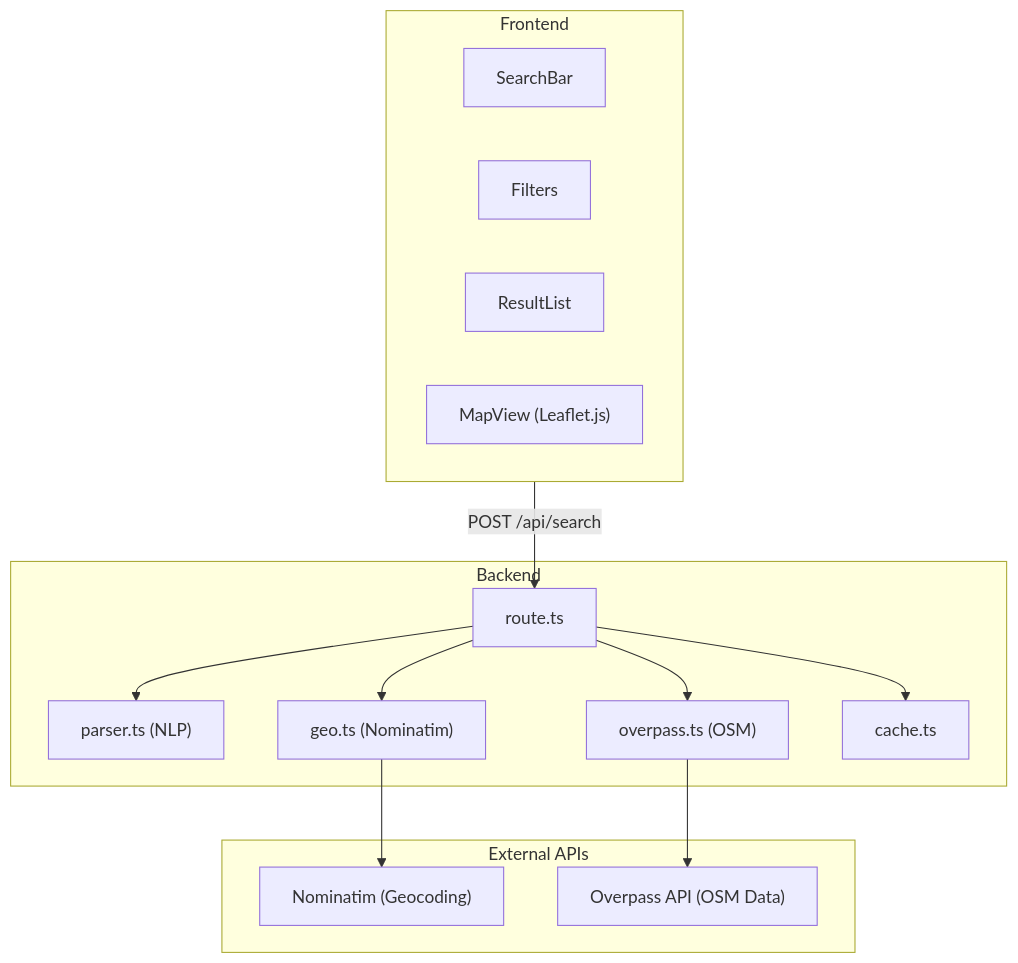
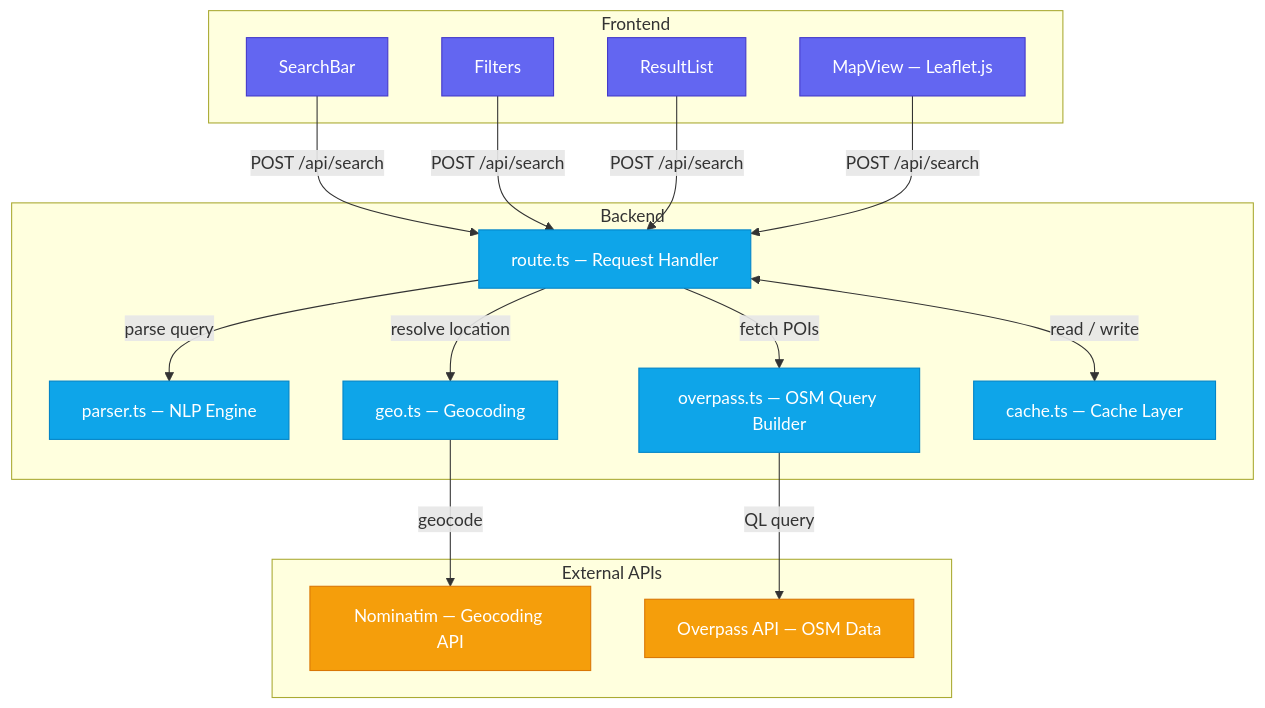
One commit to ni5arga/sightline changed the diagram in README.md. Above: the diagram before and after it, drawn with Mermaid.

Commit message:
docs: update architecture mermaid diagram

````diff
--- a/README.md
+++ b/README.md
@@ -27,30 +27,40 @@
 ```mermaid
 flowchart TB
-    subgraph Frontend
-        SearchBar
-        Filters
-        ResultList
-        MapView["MapView (Leaflet.js)"]
+    classDef frontend fill:#6366f1,stroke:#4338ca,color:#fff
+    classDef backend fill:#0ea5e9,stroke:#0284c7,color:#fff
+    classDef external fill:#f59e0b,stroke:#d97706,color:#fff
+
+    subgraph FE["Frontend"]
+        SearchBar["SearchBar"]
+        Filters["Filters"]
+        ResultList["ResultList"]
+        MapView["MapView — Leaflet.js"]
     end
 
-    subgraph Backend
-        route["route.ts"]
-        parser["parser.ts (NLP)"]
-        geo["geo.ts (Nominatim)"]
-        overpass["overpass.ts (OSM)"]
-        cache["cache.ts"]
+    subgraph BE["Backend"]
+        route["route.ts — Request Handler"]
+        parser["parser.ts — NLP Engine"]
+        geo["geo.ts — Geocoding"]
+        overpass["overpass.ts — OSM Query Builder"]
+        cache["cache.ts — Cache Layer"]
     end
 
-    subgraph External["External APIs"]
-        Nominatim["Nominatim (Geocoding)"]
-        OverpassAPI["Overpass API (OSM Data)"]
+    subgraph EX["External APIs"]
+        Nominatim["Nominatim — Geocoding API"]
+        OverpassAPI["Overpass API — OSM Data"]
     end
 
-    Frontend -->|POST /api/search| route
-    route --> parser
-    route --> geo
-    route --> overpass
-    route --> cache
-    geo --> Nominatim
-    overpass --> OverpassAPI
+    SearchBar & Filters & ResultList & MapView -->|"POST /api/search"| route
+
+    route -->|"parse query"| parser
+    route -->|"resolve location"| geo
+    route -->|"fetch POIs"| overpass
+    route <-->|"read / write"| cache
+
+    geo -->|"geocode"| Nominatim
+    overpass -->|"QL query"| OverpassAPI
+
+    class SearchBar,Filters,ResultList,MapView frontend
+    class route,parser,geo,overpass,cache backend
+    class Nominatim,OverpassAPI external
 ```
````
